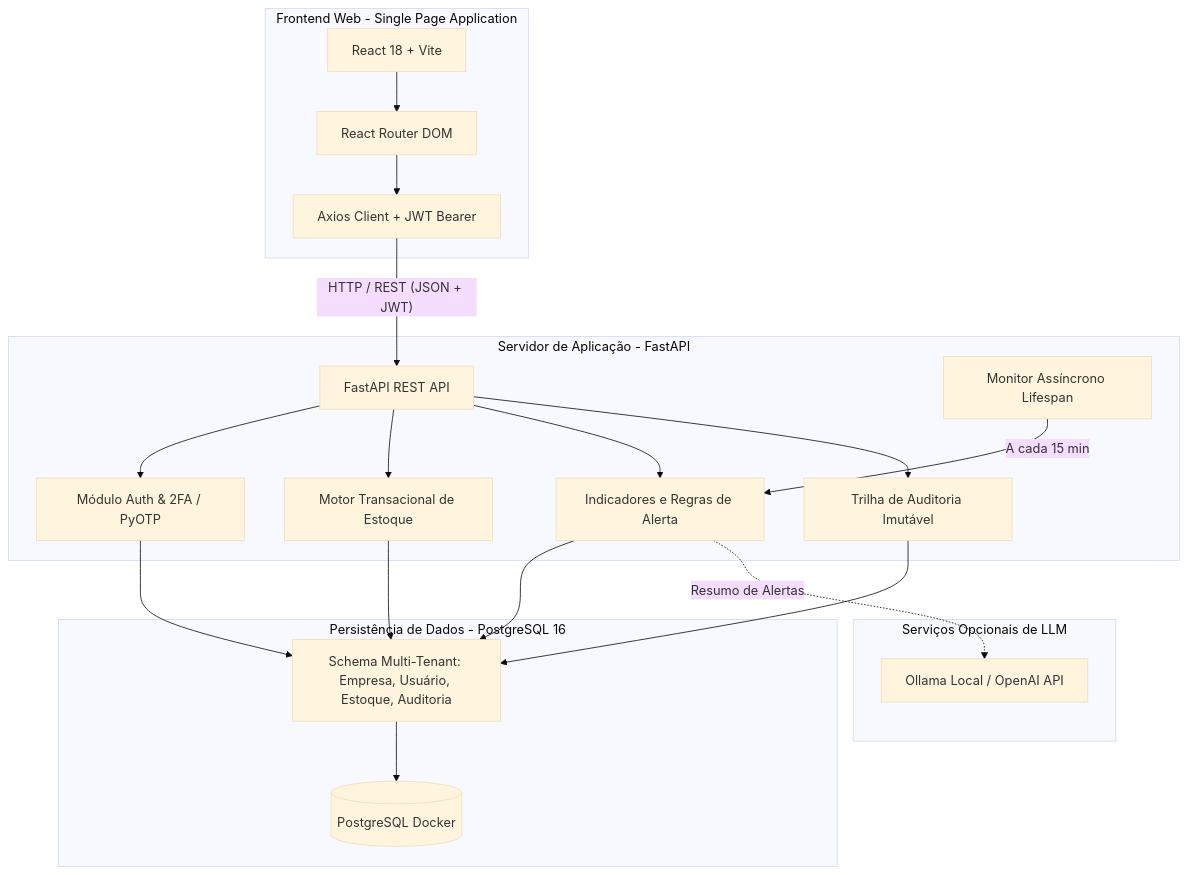
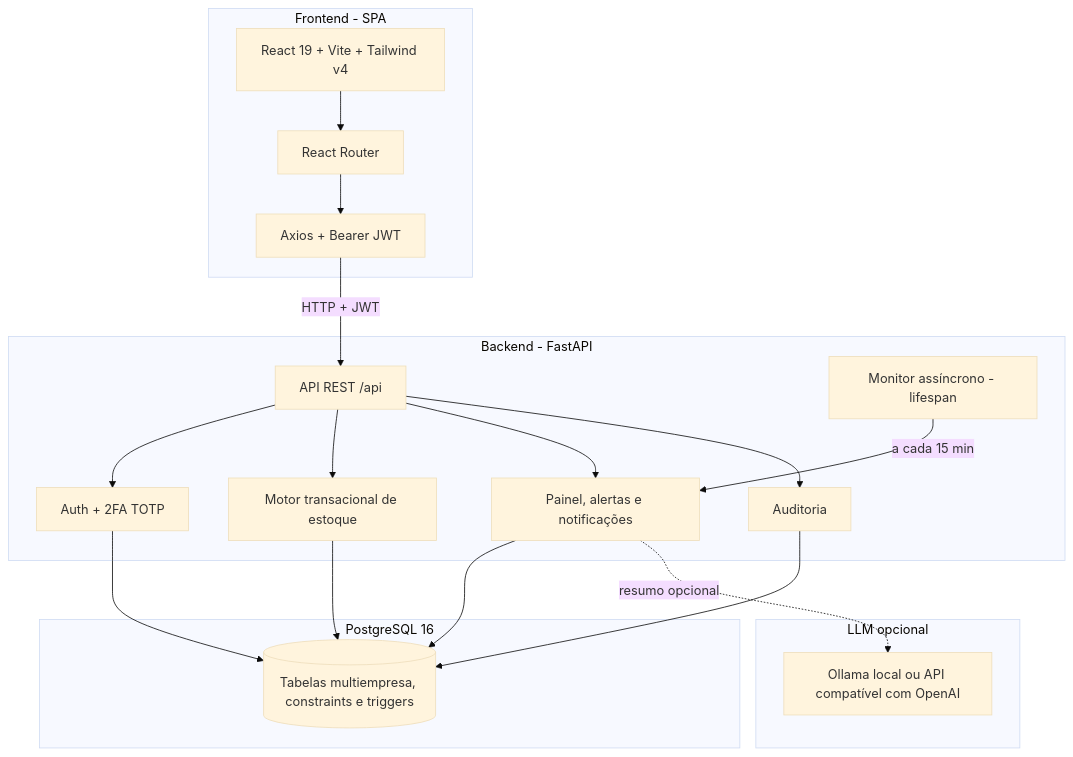
One commit to BCZero/stock-flow-gestao-inteligente changed the first of 2 diagrams in DOCUMENTACAO.md. Above: the diagram before and after it, drawn with Mermaid (base theme). The commit also changed other lines of this file and 3 other files, not shown here.

````diff
--- a/DOCUMENTACAO.md
+++ b/DOCUMENTACAO.md
@@ -80,38 +127,31 @@
 ```mermaid
 flowchart TD
-    subgraph Cliente [Frontend Web - Single Page Application]
-        UI[React 18 + Vite]
-        Router[React Router DOM]
-        AxiosInterceptor[Axios Client + JWT Bearer]
+    subgraph Cliente [Frontend - SPA]
+        UI[React 19 + Vite + Tailwind v4]
+        Router[React Router]
+        Axios[Axios + Bearer JWT]
     end
 
-    subgraph Backend [Servidor de Aplicação - FastAPI]
-        API[FastAPI REST API]
-        AuthModule[Módulo Auth & 2FA / PyOTP]
-        EstoqueModule[Motor Transacional de Estoque]
-        InteligenciaModule[Indicadores e Regras de Alerta]
-        AuditoriaWorker[Trilha de Auditoria Imutável]
-        BackgroundMonitor[Monitor Assíncrono Lifespan]
+    subgraph Backend [Backend - FastAPI]
+        API[API REST /api]
+        Auth[Auth + 2FA TOTP]
+        Estoque[Motor transacional de estoque]
+        Intel[Painel, alertas e notificações]
+        Audit[Auditoria]
+        Monitor[Monitor assíncrono - lifespan]
     end
 
-    subgraph Banco [Persistência de Dados - PostgreSQL 16]
-        PG[(PostgreSQL Docker)]
-        MultiTenantSchema[Schema Multi-Tenant: Empresa, Usuário, Estoque, Auditoria]
+    subgraph Banco [PostgreSQL 16]
+        PG[(Tabelas multiempresa, constraints e triggers)]
     end
 
-    subgraph IA [Serviços Opcionais de LLM]
-        Ollama[Ollama Local / OpenAI API]
+    subgraph IA [LLM opcional]
+        LLM[Ollama local ou API compatível com OpenAI]
     end
 
-    UI --> Router
-    Router --> AxiosInterceptor
-    AxiosInterceptor -- "HTTP / REST (JSON + JWT)" --> API
-    API --> AuthModule
-    API --> EstoqueModule
-    API --> InteligenciaModule
-    API --> AuditoriaWorker
-    BackgroundMonitor -- "A cada 15 min" --> InteligenciaModule
-    AuthModule & EstoqueModule & InteligenciaModule & AuditoriaWorker --> MultiTenantSchema
-    MultiTenantSchema --> PG
-    InteligenciaModule -. "Resumo de Alertas" .-> Ollama
+    UI --> Router --> Axios -- "HTTP + JWT" --> API
+    API --> Auth & Estoque & Intel & Audit
+    Monitor -- "a cada 15 min" --> Intel
+    Auth & Estoque & Intel & Audit --> PG
+    Intel -. "resumo opcional" .-> LLM
 ```
````
